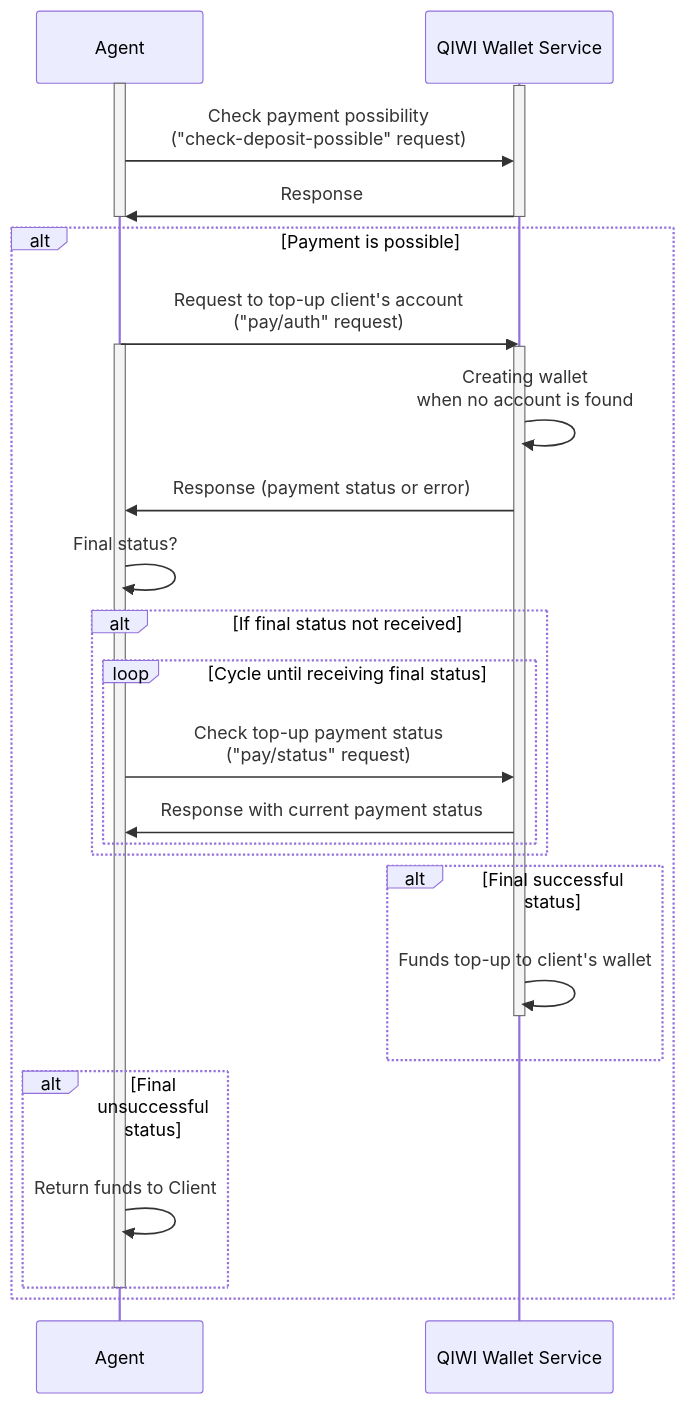
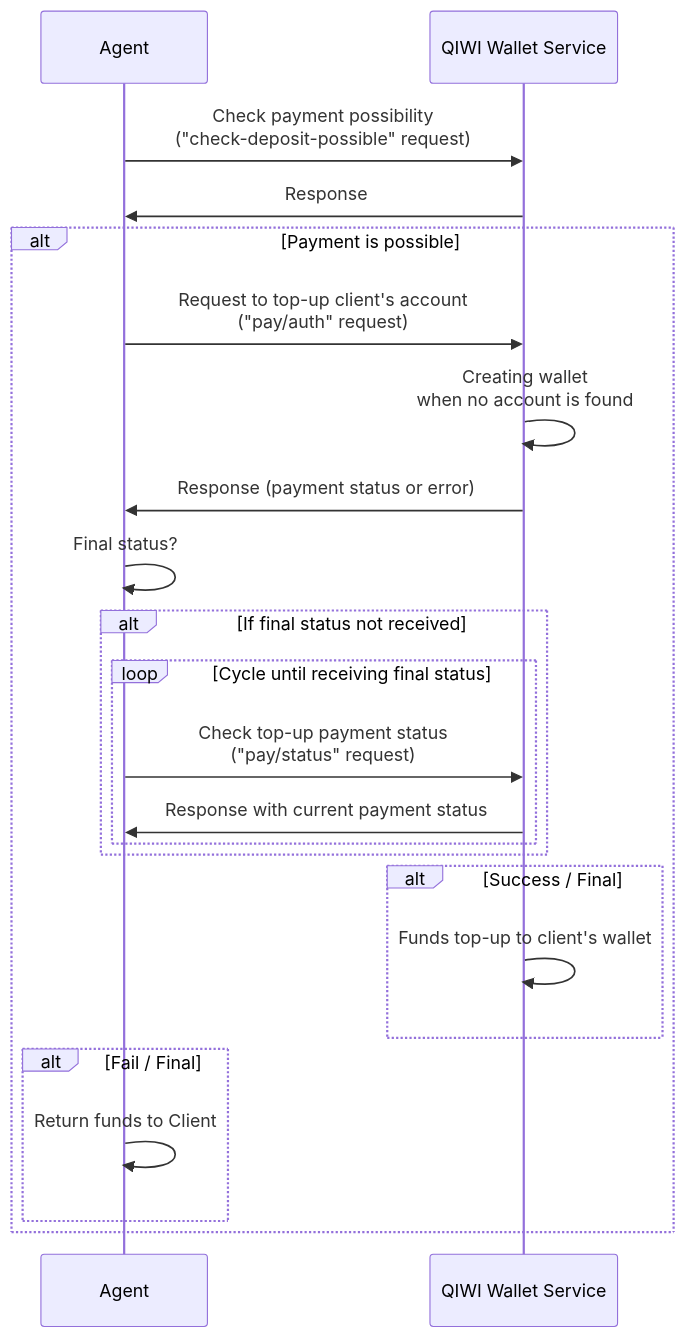
Before and after one commit to QIWI-API/topup-wallet-docs: the diagram in topup-wallet_en.html.md, drawn with Mermaid. The commit also changed other lines of this file and 12 other files, not shown here.

```diff
--- a/topup-wallet_en.html.md
+++ b/topup-wallet_en.html.md
@@ -91,33 +97,25 @@
 <div class="mermaid">
 sequenceDiagram
 participant Agent
 participant qb as QIWI Wallet Service
-activate Agent  
-activate qb  
 Agent->>qb:Check payment possibility<br>("check-deposit-possible" request)
 qb->>Agent:Response
-deactivate Agent 
-deactivate qb  
 alt Payment is possible
 Agent->>qb:Request to top-up client's account<br>("pay/auth" request)
-activate Agent  
-activate qb  
 qb->>qb:Creating wallet <br>when no account is found
 qb->>Agent:Response (payment status or error)
 Agent->>Agent:Final status?
 alt If final status not received
 loop Cycle until receiving final status
 Agent->>qb:Check top-up payment status<br>("pay/status" request)
 qb->>Agent:Response with current payment status
 end
 end
-alt Final successful status
+alt Success / Final
 qb->>qb:Funds top-up to client's wallet
-deactivate qb
 end
-alt Final unsuccessful status
+alt Fail / Final
 Agent->>Agent:Return funds to Client
 end
-deactivate Agent
 end
 </div>
```
